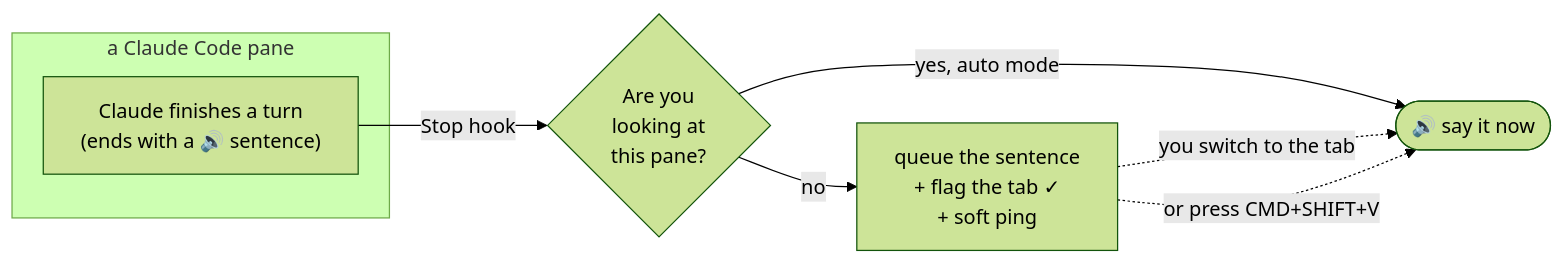
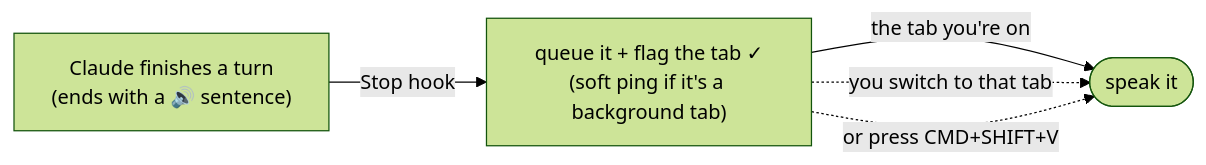
The diagram in README.md (Louis-Mascari/aloud), drawn with Mermaid (forest theme) before and after one commit. The commit also changed other lines of this file and 1 other file, not shown here.

Commit message:
clearer intent-grouped help; README audit: drop stale 'working' glyph, fix how-it-works flow (always-queue), refresh bin/voice command list, clarify autospeak vs wait

````diff
--- a/README.md
+++ b/README.md
@@ -15,11 +15,7 @@
 ```mermaid
 flowchart LR
-    subgraph Pane["a Claude Code pane"]
-        CC["Claude finishes a turn<br/>(ends with a 🔊 sentence)"]
-    end
-    CC -->|Stop hook| Q{"Are you<br/>looking at<br/>this pane?"}
-    Q -->|yes, auto mode| SAY(["🔊 say it now"])
-    Q -->|no| FLAG["queue the sentence<br/>+ flag the tab ✓<br/>+ soft ping"]
-    FLAG -.->|you switch to the tab| SAY
-    FLAG -.->|or press CMD+SHIFT+V| SAY
+    CC["Claude finishes a turn<br/>(ends with a 🔊 sentence)"] -->|Stop hook| Q["queue it + flag the tab ✓<br/>(soft ping if it's a background tab)"]
+    Q -->|"the tab you're on"| SAY(["speak it"])
+    Q -.->|"you switch to that tab"| SAY
+    Q -.->|"or press CMD+SHIFT+V"| SAY
 ```
````
